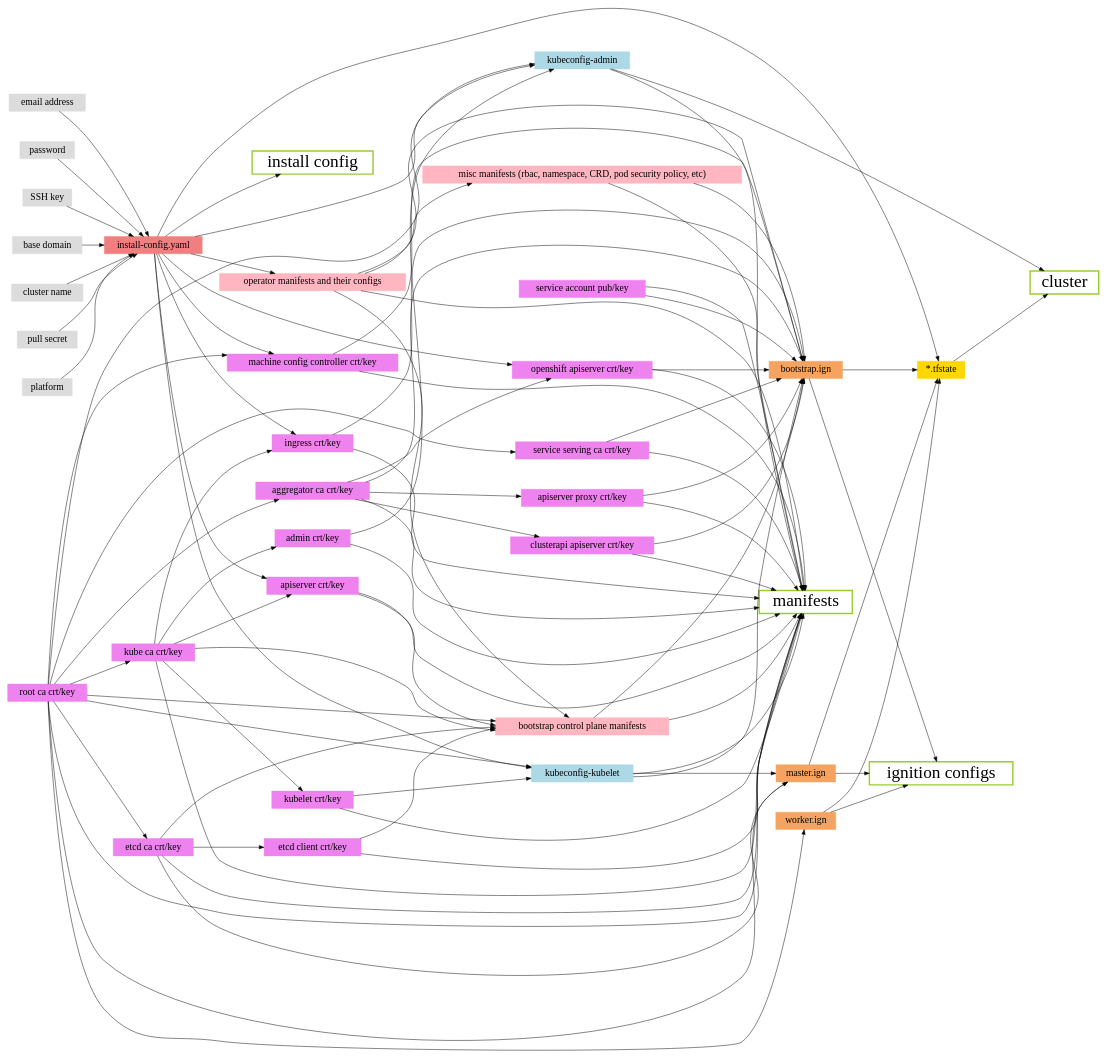
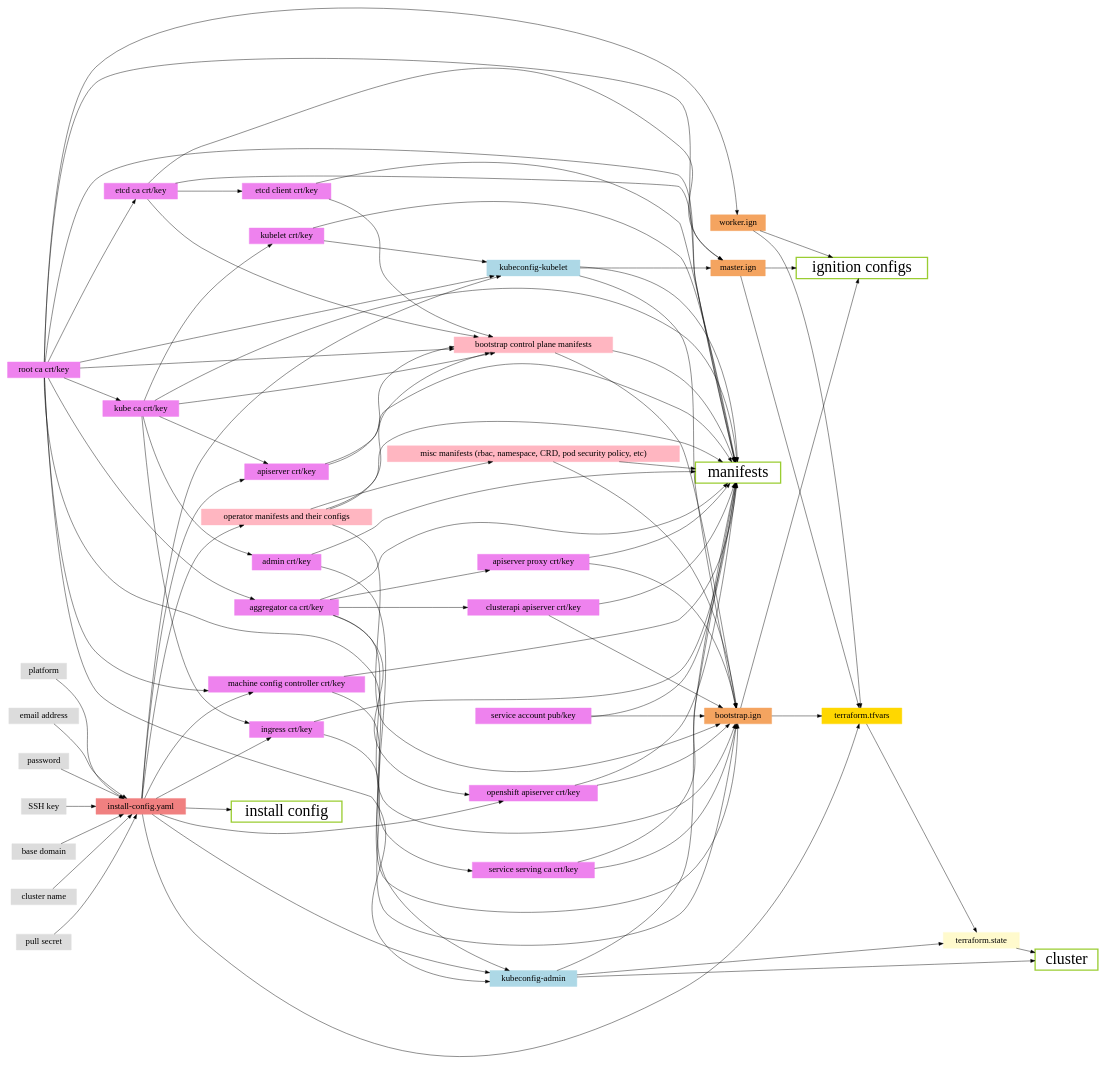
The diagram in docs/design/resource_dep.dot (openshift/installer), drawn with Graphviz before and after one commit. The commit also changed 1 other file, not shown here.

Commit message:
doc: Update dependency graph.
Add terraform tfvars file as a dependency of the tfstate.

```diff
--- a/docs/design/resource_dep.dot
+++ b/docs/design/resource_dep.dot
@@ -10,7 +10,7 @@
     install_cfg [label="install config"];
     manifests [label="manifests"];
     ignition_configs [label="ignition configs"];
-    cluster [label="cluster"];
+    cluster_target [label="cluster"];
   }
 
   // User inputs.
@@ -79,11 +79,16 @@
     kubeconfig_kubelet [label="kubeconfig-kubelet"];
   }
 
-
-  // Output after cluster launch
+  // Terraform tfvar file.
   {
     node [style=filled,color=gold];
-    terraform_state [label="*.tfstate"];
+    terraform_tfvars [label="terraform.tfvars"];
+  }
+
+  // cluster asset.
+  {
+    node [style=filled, color=lemonchiffon];
+    tfstate [label="terraform.state"];
   }
 
   // Dependencies
@@ -165,13 +170,16 @@
   kubeconfig_kubelet -> bootstrap_ignition;
   kubeconfig_kubelet -> master_ignition;
 
-  bootstrap_ignition -> terraform_state;
-  master_ignition -> terraform_state;
-  worker_ignition -> terraform_state;
+  bootstrap_ignition -> terraform_tfvars;
+  master_ignition -> terraform_tfvars;
+  worker_ignition -> terraform_tfvars;
+  install_config -> terraform_tfvars;
+
+  terraform_tfvars -> tfstate;
+  kubeconfig_admin -> tfstate;
 
   // Targets
   install_config -> install_cfg;
-  install_config -> terraform_state;
 
   admin_bundle -> manifests;
   aggregator_ca_bundle -> manifests;
@@ -196,11 +204,11 @@
 
   kubeconfig_kubelet -> manifests;
   kubeconfig_admin -> manifests;
-  kubeconfig_admin -> cluster;
 
   bootstrap_ignition -> ignition_configs;
   master_ignition -> ignition_configs;
   worker_ignition -> ignition_configs;
 
-  terraform_state -> cluster;  
+  kubeconfig_admin -> cluster_target;
+  tfstate -> cluster_target;
 }
```
